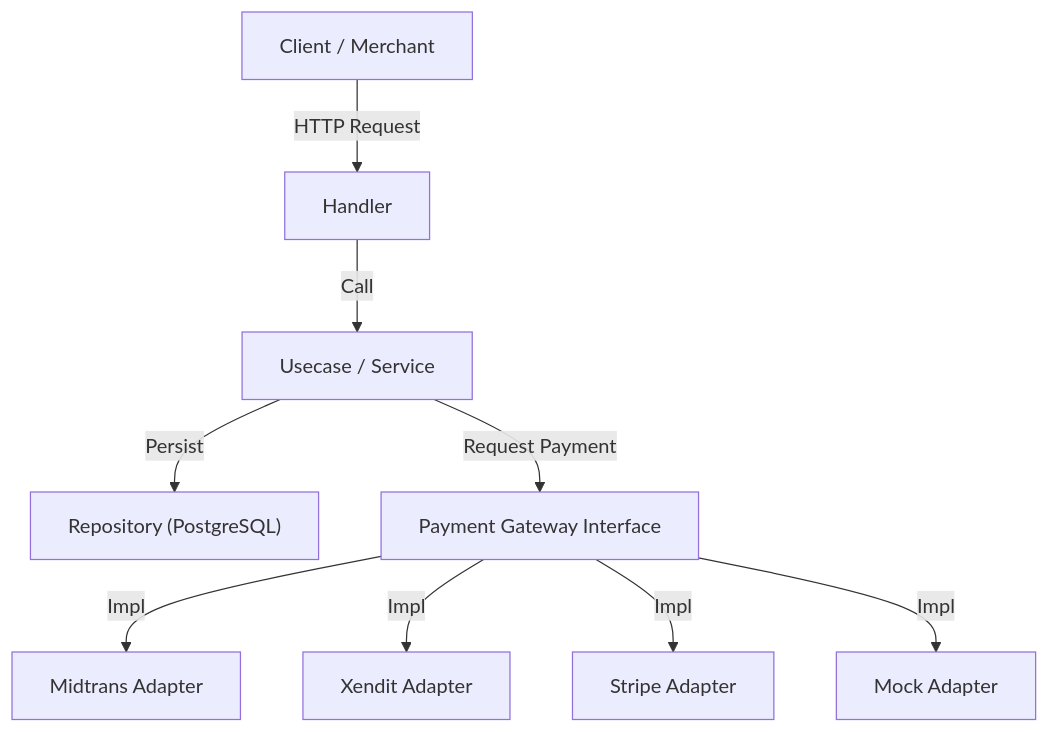
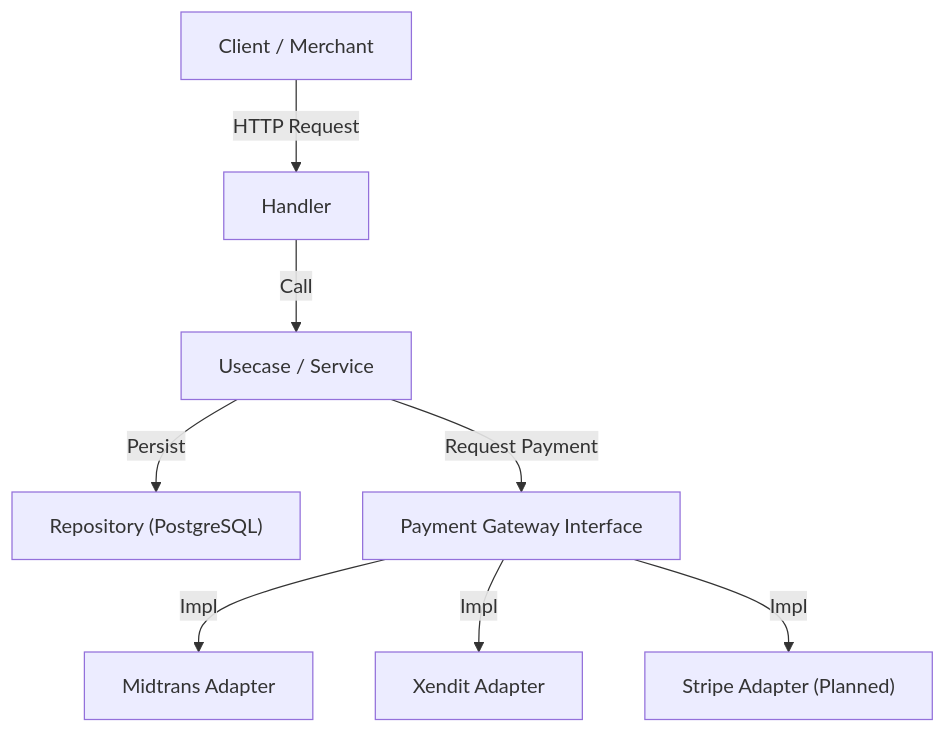
The diagram in README.md (rezkysyaputra/go-payment-aggregator), drawn with Mermaid before and after one commit. The commit also changed other lines of this file, not shown here.

Commit message:
docs: update README to reflect changes in multi-gateway support and API endpoints

````diff
--- a/README.md
+++ b/README.md
@@ -40,11 +43,10 @@
 ```mermaid
 graph TD
     Client["Client / Merchant"] -->|HTTP Request| Handler
     Handler -->|Call| Usecase["Usecase / Service"]
     Usecase -->|Persist| Repo["Repository (PostgreSQL)"]
     Usecase -->|Request Payment| Gateway["Payment Gateway Interface"]
     Gateway -->|Impl| Midtrans["Midtrans Adapter"]
     Gateway -->|Impl| Xendit["Xendit Adapter"]
-    Gateway -->|Impl| Stripe["Stripe Adapter"]
-    Gateway -->|Impl| Mock["Mock Adapter"]
+    Gateway -->|Impl| Stripe["Stripe Adapter (Planned)"]
 ```
````
